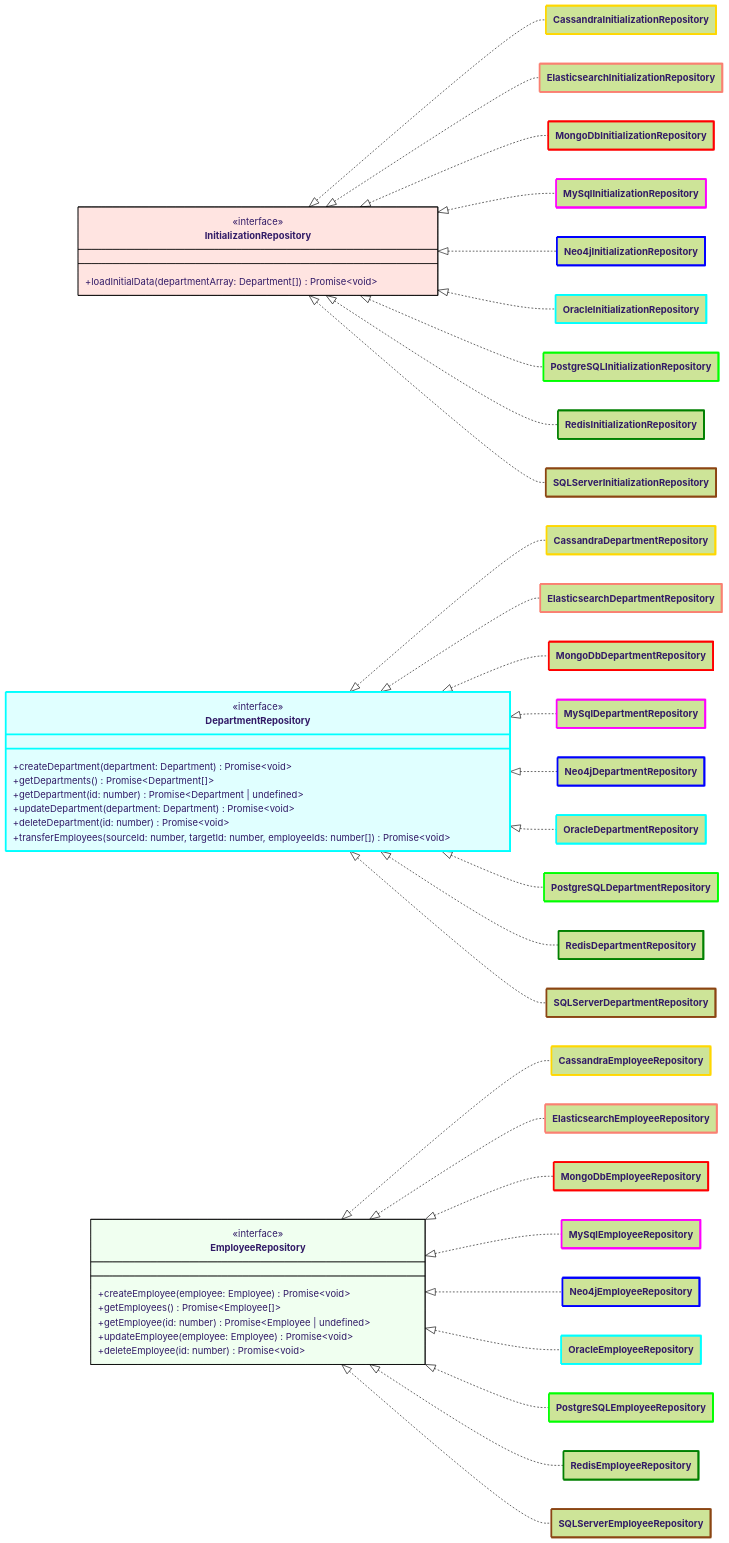
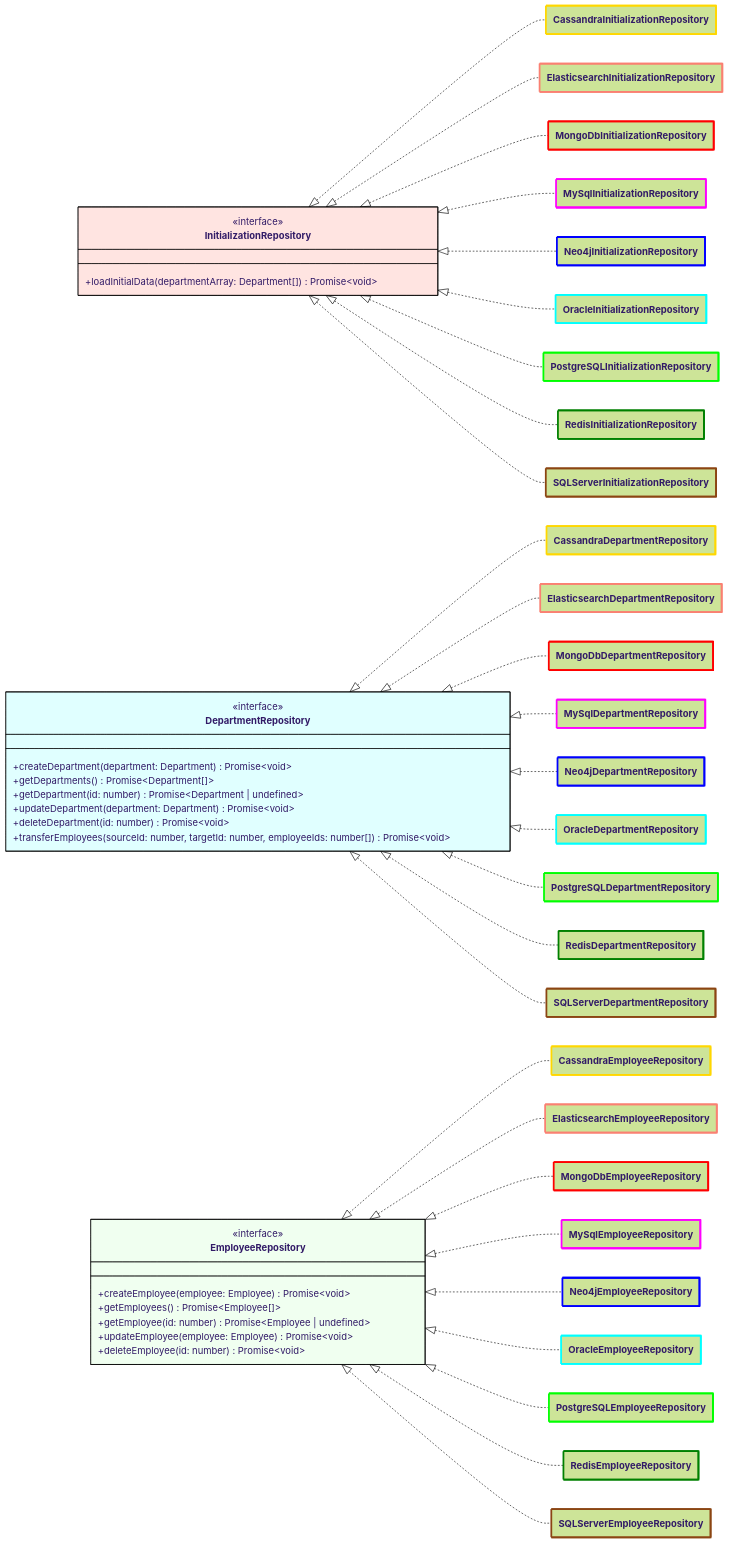
Before and after one commit to k1729p/Study28: the diagram in docs/mermaid/classDiagramRepositories.md, drawn with Mermaid (forest theme).

```diff
--- a/docs/mermaid/classDiagramRepositories.md
+++ b/docs/mermaid/classDiagramRepositories.md
@@ -34,7 +34,7 @@
   InitializationRepository <|.. RedisInitializationRepository
   InitializationRepository <|.. SQLServerInitializationRepository
 %% Department Repositories
-  class DepartmentRepository:::lightcyan {
+  class DepartmentRepository:::light_c_y_a_n {
     <<interface>>
     +createDepartment(department: Department) Promise~void~
     +getDepartments() Promise~Department[]~
@@ -95,7 +95,7 @@
 %% Styles
 %% Styles
   classDef honeydew fill:honeydew,stroke:black,stroke-width:1px
-  classDef lightcyan fill:lightcyan,stroke:black,stroke-width:1px
+  classDef light_c_y_a_n fill:lightcyan,stroke:black,stroke-width:1px
   classDef mistyrose fill:mistyrose,stroke:black,stroke-width:1px
 
   classDef brown stroke:saddlebrown,stroke-width:3px
```
